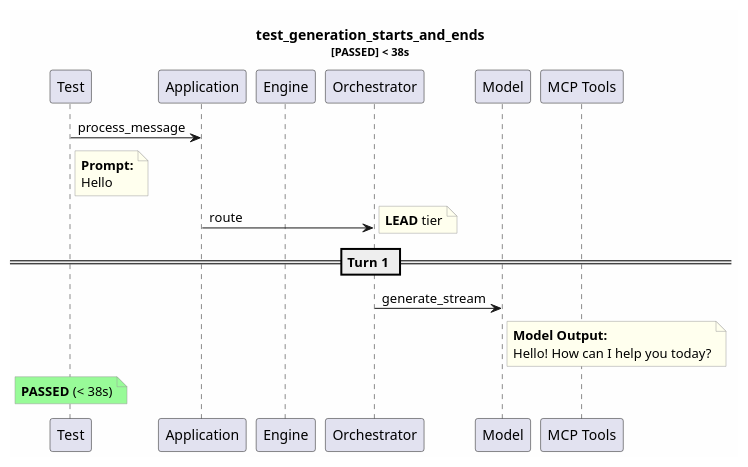
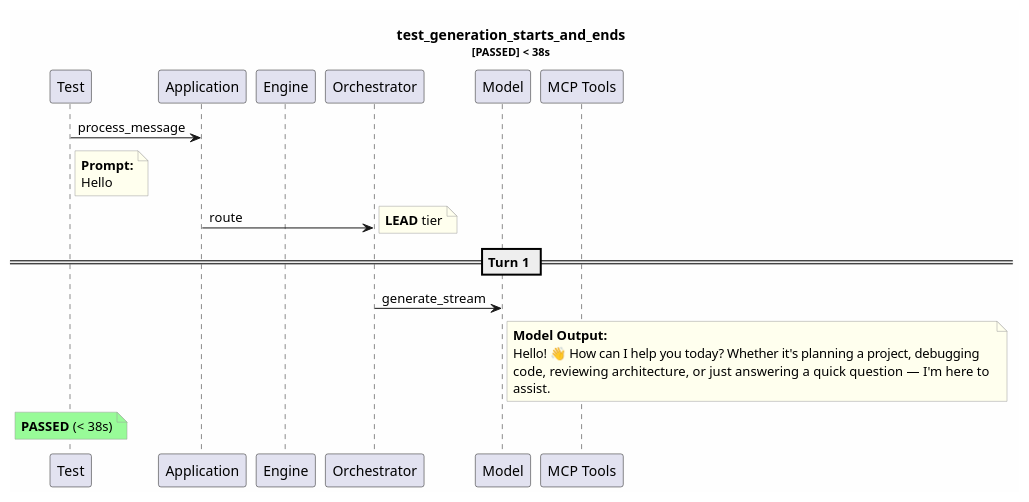
Before and after one commit to tvanfossen/entropic: the diagram in test-reports/logs/test_generation_starts_and_ends/test_generation_starts_and_ends.puml, drawn with PlantUML. The commit also changed 11 other files, not shown here.

```diff
--- a/test-reports/logs/test_generation_starts_and_ends/test_generation_starts_and_ends.puml
+++ b/test-reports/logs/test_generation_starts_and_ends/test_generation_starts_and_ends.puml
@@ -1,31 +1,33 @@
 @startuml
 skinparam backgroundColor #FEFEFE
 skinparam noteBorderColor #999999
 skinparam noteBackgroundColor #FFFFEE
 title test_generation_starts_and_ends\n<size:11>[PASSED] < 38s</size>
 
 participant "Test" as T
 participant "Application" as App
 participant "Engine" as Eng
 participant "Orchestrator" as Orch
 participant "Model" as Mdl
 participant "MCP Tools" as MCP
 
 T -> App: process_message
 note right of T
   **Prompt:**
   Hello
 end note
 App -> Orch: route
 note right: **LEAD** tier
 == Turn 1 ==
 Orch -> Mdl: generate_stream
 note right of Mdl
   **Model Output:**
-  Hello! How can I help you today?
+  Hello! 👋 How can I help you today? Whether it's planning a project, debugging 
+  code, reviewing architecture, or just answering a quick question — I'm here to 
+  assist.
 end note
 note over T #palegreen
   **PASSED** (< 38s)
 end note
 
 @enduml
```
